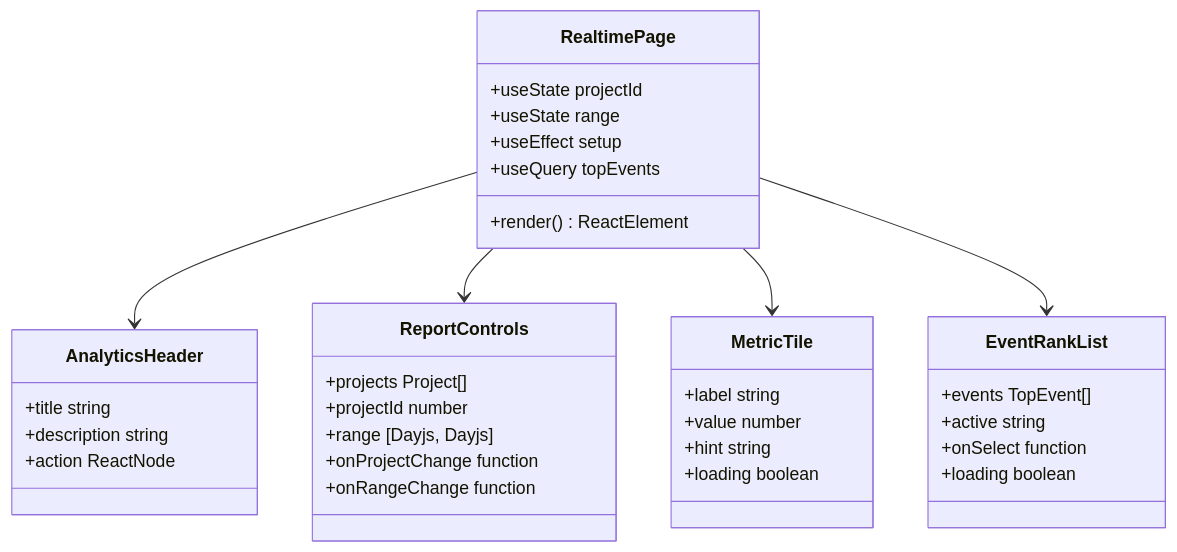
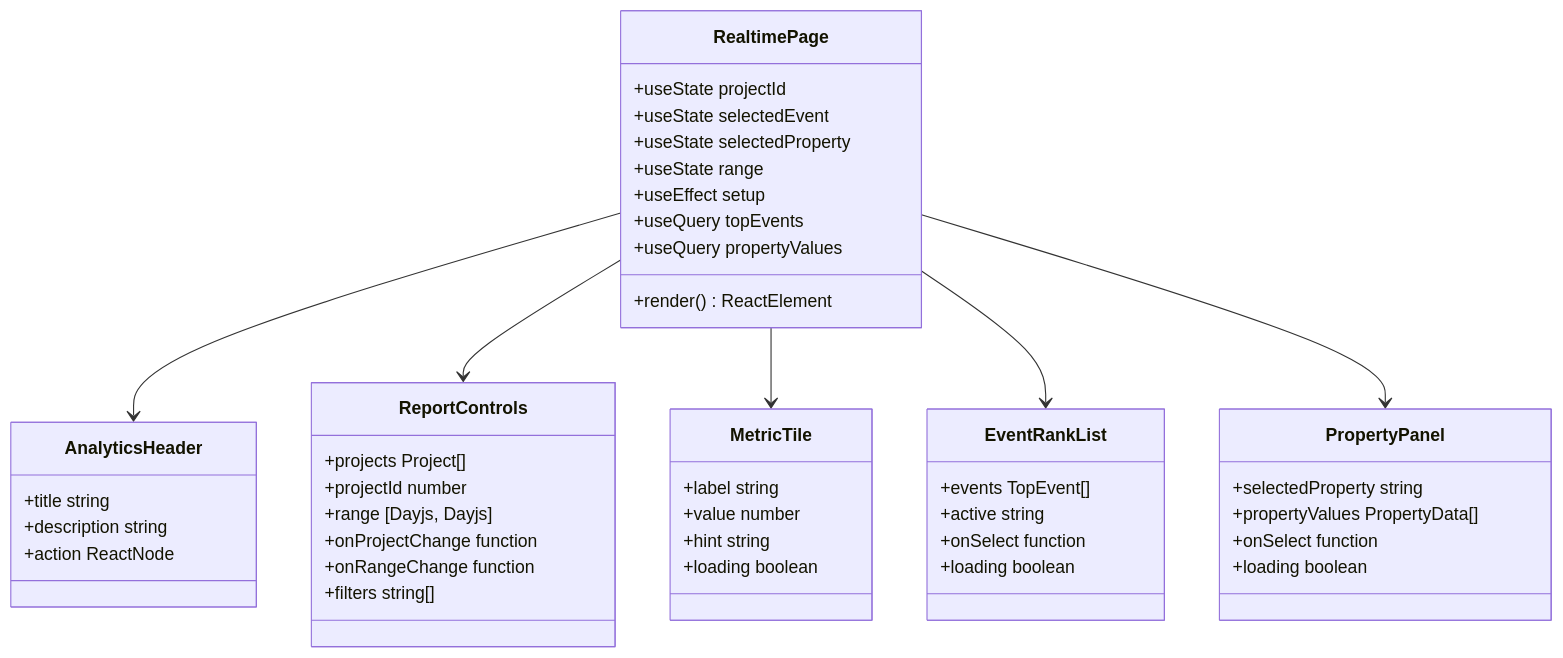
The second of 11 diagrams in .qoder/repowiki/zh/content/Web控制台/实时分析功能.md (zhen-zhong/AeroLog), drawn with Mermaid before and after one commit. The commit also changed other lines of this file and 84 other files, not shown here.

````diff
--- a/.qoder/repowiki/zh/content/Web控制台/实时分析功能.md
+++ b/.qoder/repowiki/zh/content/Web控制台/实时分析功能.md
@@ -98,38 +109,49 @@
 ```mermaid
 classDiagram
 class RealtimePage {
 +useState projectId
++useState selectedEvent
++useState selectedProperty
 +useState range
 +useEffect setup
 +useQuery topEvents
++useQuery propertyValues
 +render() ReactElement
 }
 class AnalyticsHeader {
 +title string
 +description string
 +action ReactNode
 }
 class ReportControls {
 +projects Project[]
 +projectId number
 +range [Dayjs, Dayjs]
 +onProjectChange function
 +onRangeChange function
++filters string[]
 }
 class MetricTile {
 +label string
 +value number
 +hint string
 +loading boolean
 }
 class EventRankList {
 +events TopEvent[]
 +active string
 +onSelect function
 +loading boolean
 }
+class PropertyPanel {
++selectedProperty string
++propertyValues PropertyData[]
++onSelect function
++loading boolean
+}
 RealtimePage --> AnalyticsHeader
 RealtimePage --> ReportControls
 RealtimePage --> MetricTile
 RealtimePage --> EventRankList
+RealtimePage --> PropertyPanel
 ```
````
